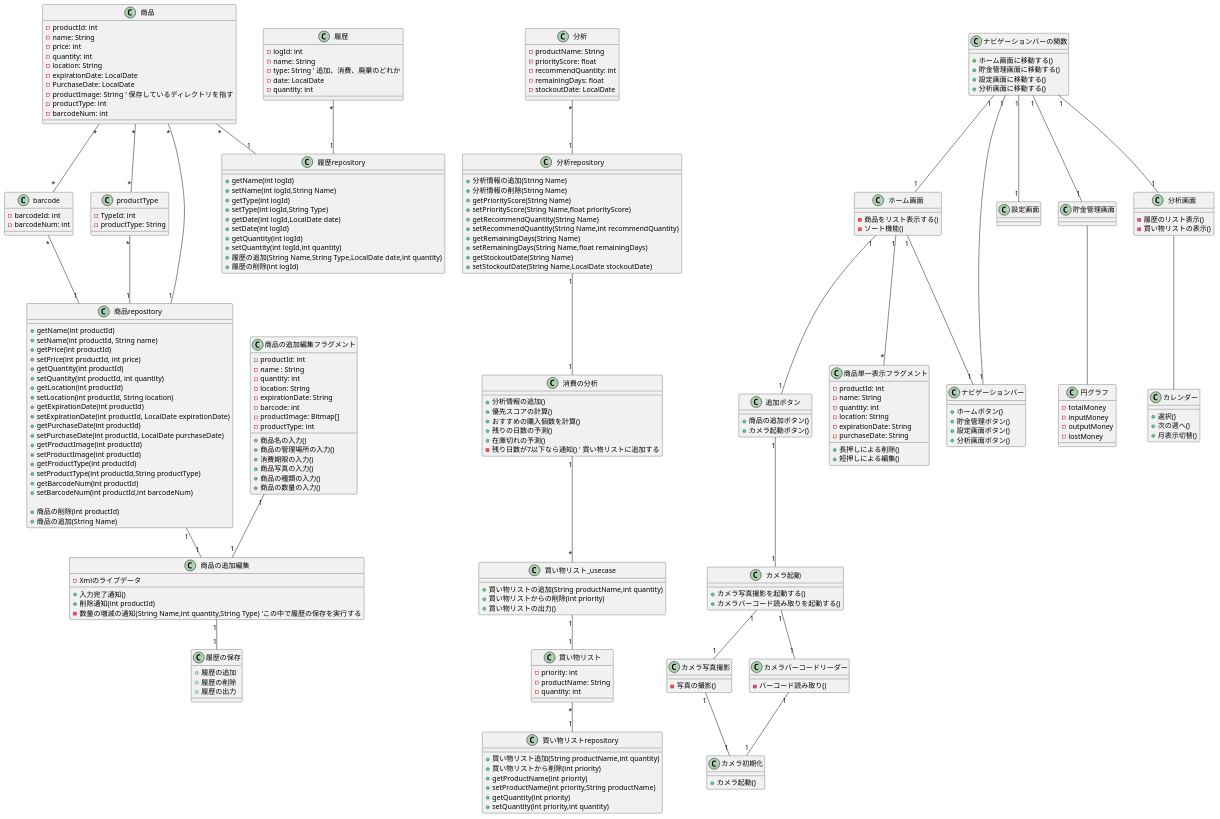
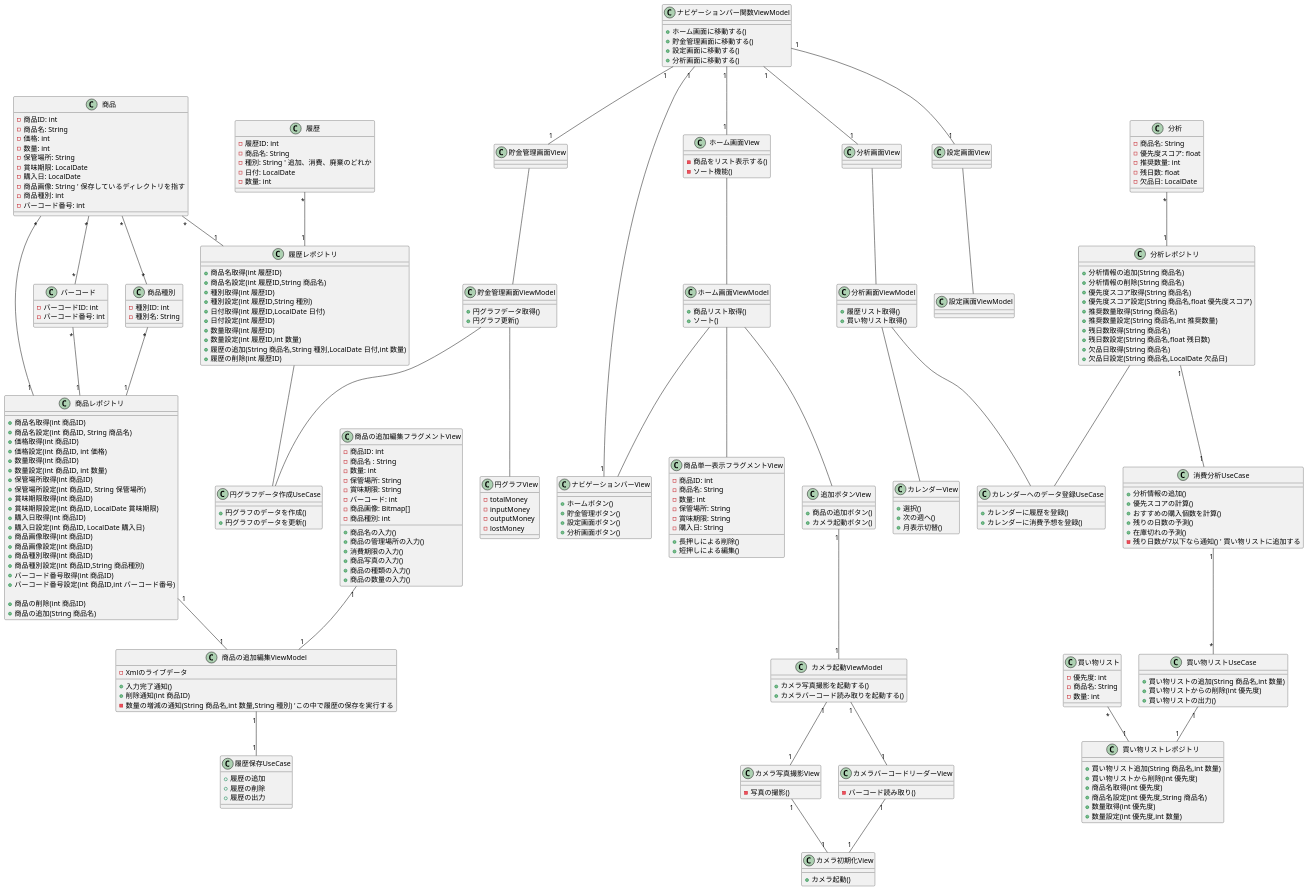
Before and after one commit to 3tuk1/AndroidAppInv: the diagram in app.puml, drawn with PlantUML.

Commit message:
Update diagram classes to Japanese; add ViewModels and UseCases for better architecture
This commit translates class names and attributes in the PlantUML diagram to Japanese.
It also introduces ViewModel and UseCase layers to improve the application's architecture.

Specific changes include:
- Renamed classes like `商品` (Product), `履歴` (History), `分析` (Analysis), `買い物リスト` (Shopping List), and their respective repositories to Japanese.
- Renamed attributes within these classes to Japanese, e.g., `productId` to `商品ID`.
- Added ViewModel classes like `商品の追加編集ViewModel`, `ナビゲーションバー関数ViewModel`, `カメラ起動ViewModel`, `貯金管理画面ViewModel`, `設定画面ViewModel`, `分析画面ViewModel`, and `ホーム画面ViewModel`.
- Added UseCase classes like `履歴保存UseCase`, `買い物リストUseCase`, `消費分析UseCase`, `円グラフデータ作成UseCase`, and `カレンダーへのデータ登録UseCase`.
- Updated relationships between classes to reflect the new ViewModel and UseCase layers. For example, `商品の追加編集フラグメントView` now interacts with `商品の追加編集ViewModel`.

```diff
--- a/app.puml
+++ b/app.puml
@@ -3,162 +3,160 @@
 ' Model
 '
 class 商品 {
-    -productId: int
-    -name: String
-    -price: int
-    -quantity: int
-    -location: String
-    -expirationDate: LocalDate
-    -PurchaseDate: LocalDate
-    -productImage: String ' 保存しているディレクトリを指す
-    -productType: int
-    -barcodeNum: int
+    -商品ID: int
+    -商品名: String
+    -価格: int
+    -数量: int
+    -保管場所: String
+    -賞味期限: LocalDate
+    -購入日: LocalDate
+    -商品画像: String ' 保存しているディレクトリを指す
+    -商品種別: int
+    -バーコード番号: int
 }
-class barcode{
-    -barcodeId: int
-    -barcodeNum: int
+class バーコード{
+    -バーコードID: int
+    -バーコード番号: int
 }
-class productType{
-    -TypeId: int
-    -productType: String
+class 商品種別{
+    -種別ID: int
+    -種別名: String
 }
 
 class 履歴{
-    -logId: int
-    -name: String
-    -type: String ' 追加、消費、廃棄のどれか
-    -date: LocalDate
-    -quantity: int
+    -履歴ID: int
+    -商品名: String
+    -種別: String ' 追加、消費、廃棄のどれか
+    -日付: LocalDate
+    -数量: int
 }
 class 分析{
-    -productName: String
-    -priorityScore: float
-    -recommendQuantity: int
-    -remainingDays: float
-    -stockoutDate: LocalDate
+    -商品名: String
+    -優先度スコア: float
+    -推奨数量: int
+    -残日数: float
+    -欠品日: LocalDate
 }
 class 買い物リスト{
-    -priority: int
-    -productName: String
-    -quantity: int
+    -優先度: int
+    -商品名: String
+    -数量: int
 }
 
-商品 "*" -- "*" barcode
-商品 "*" -- "*" productType
+商品 "*" -- "*" バーコード
+商品 "*" -- "*" 商品種別
 
 ' Repository
 ' 商品レポジトリの変更履歴を履歴レポジトリに加えたいがレポジトリからレポジトリは依存が強くなってしまうためダメ。
-class 商品repository{
-    +getName(int productId)
-    +setName(int productId, String name)
-    +getPrice(int productId)
-    +setPrice(int productId, int price)
-    +getQuantity(int productId)
-    +setQuantity(int productId, int quantity)
-    +getLocation(int productId)
-    +setLocation(int productId, String location)
-    +getExpirationDate(int productId)
-    +setExpirationDate(int productId, LocalDate expirationDate)
-    +getPurchaseDate(int productId)
-    +setPurchaseDate(int productId, LocalDate purchaseDate)
-    +getProductImage(int productId)
-    +setProductImage(int productId)
-    +getProductType(int productId)
-    +setProductType(int productId,String productType)
-    +getBarcodeNum(int productId)
-    +setBarcodeNum(int productId,int barcodeNum)
+class 商品レポジトリ{
+    +商品名取得(int 商品ID)
+    +商品名設定(int 商品ID, String 商品名)
+    +価格取得(int 商品ID)
+    +価格設定(int 商品ID, int 価格)
+    +数量取得(int 商品ID)
+    +数量設定(int 商品ID, int 数量)
+    +保管場所取得(int 商品ID)
+    +保管場所設定(int 商品ID, String 保管場所)
+    +賞味期限取得(int 商品ID)
+    +賞味期限設定(int 商品ID, LocalDate 賞味期限)
+    +購入日取得(int 商品ID)
+    +購入日設定(int 商品ID, LocalDate 購入日)
+    +商品画像取得(int 商品ID)
+    +商品画像設定(int 商品ID)
+    +商品種別取得(int 商品ID)
+    +商品種別設定(int 商品ID,String 商品種別)
+    +バーコード番号取得(int 商品ID)
+    +バーコード番号設定(int 商品ID,int バーコード番号)
 
-    +商品の削除(int productId)
-    +商品の追加(String Name)
+    +商品の削除(int 商品ID)
+    +商品の追加(String 商品名)
 }
-商品 "*" -- "1" 商品repository
-barcode "*" -- "1" 商品repository
-productType "*" -- "1" 商品repository
+商品 "*" -- "1" 商品レポジトリ
+バーコード "*" -- "1" 商品レポジトリ
+商品種別 "*" -- "1" 商品レポジトリ
 
-class 履歴repository{
-    +getName(int logId)
-    +setName(int logId,String Name)
-    +getType(int logId)
-    +setType(int logId,String Type)
-    +getDate(int logId,LocalDate date)
-    +setDate(int logId)
-    +getQuantity(int logId)
-    +setQuantity(int logId,int quantity)
-    +履歴の追加(String Name,String Type,LocalDate date,int quantity)
-    +履歴の削除(int logId)
+class 履歴レポジトリ{
+    +商品名取得(int 履歴ID)
+    +商品名設定(int 履歴ID,String 商品名)
+    +種別取得(int 履歴ID)
+    +種別設定(int 履歴ID,String 種別)
+    +日付取得(int 履歴ID,LocalDate 日付)
+    +日付設定(int 履歴ID)
+    +数量取得(int 履歴ID)
+    +数量設定(int 履歴ID,int 数量)
+    +履歴の追加(String 商品名,String 種別,LocalDate 日付,int 数量)
+    +履歴の削除(int 履歴ID)
 }
-商品 "*" -- "1" 履歴repository
-履歴 "*" -- "1" 履歴repository
+商品 "*" -- "1" 履歴レポジトリ
+履歴 "*" -- "1" 履歴レポジトリ
 
-class 分析repository{
-    +分析情報の追加(String Name)
-    +分析情報の削除(String Name)
-    +getPriorityScore(String Name)
-    +setPriorityScore(String Name,float priorityScore)
-    +getRecommendQuantity(String Name)
-    +setRecommendQuantity(String Name,int recommendQuantity)
-    +getRemainingDays(String Name)
-    +setRemainingDays(String Name,float remainingDays)
-    +getStockoutDate(String Name)
-    +setStockoutDate(String Name,LocalDate stockoutDate)
+class 分析レポジトリ{
+    +分析情報の追加(String 商品名)
+    +分析情報の削除(String 商品名)
+    +優先度スコア取得(String 商品名)
+    +優先度スコア設定(String 商品名,float 優先度スコア)
+    +推奨数量取得(String 商品名)
+    +推奨数量設定(String 商品名,int 推奨数量)
+    +残日数取得(String 商品名)
+    +残日数設定(String 商品名,float 残日数)
+    +欠品日取得(String 商品名)
+    +欠品日設定(String 商品名,LocalDate 欠品日)
 }
-分析 "*" -- "1" 分析repository
+分析 "*" -- "1" 分析レポジトリ
 
-class 買い物リストrepository{
-    +買い物リスト追加(String productName,int quantity)
-    +買い物リストから削除(int priority)
-    +getProductName(int priority)
-    +setProductName(int priority,String productName)
-    +getQuantity(int priority)
-    +setQuantity(int priority,int quantity)
+class 買い物リストレポジトリ{
+    +買い物リスト追加(String 商品名,int 数量)
+    +買い物リストから削除(int 優先度)
+    +商品名取得(int 優先度)
+    +商品名設定(int 優先度,String 商品名)
+    +数量取得(int 優先度)
+    +数量設定(int 優先度,int 数量)
 }
-買い物リスト "*" -- "1" 買い物リストrepository
+買い物リスト "*" -- "1" 買い物リストレポジトリ
 
 'View Model
-class 商品の追加編集{
+class 商品の追加編集ViewModel{
     -Xmlのライブデータ
     +入力完了通知()
-    +削除通知(int productId)
-    -数量の増減の通知(String Name,int quantity,String Type) 'この中で履歴の保存を実行する
+    +削除通知(int 商品ID)
+    -数量の増減の通知(String 商品名,int 数量,String 種別) 'この中で履歴の保存を実行する
 }
 
-商品repository "1" -- "1" 商品の追加編集
-商品の追加編集フラグメント "1" -- "1" 商品の追加編集
+商品レポジトリ "1" -- "1" 商品の追加編集ViewModel
+商品の追加編集フラグメントView "1" -- "1" 商品の追加編集ViewModel
 
-class 履歴の保存{
-    'usecase
+class 履歴保存UseCase{
     +履歴の追加
     +履歴の削除
     +履歴の出力
 }
-class 買い物リスト_usecase {
-    'usecase
-    +買い物リストの追加(String productName,int quantity)
-    +買い物リストからの削除(int priority)
+class 買い物リストUseCase {
+    +買い物リストの追加(String 商品名,int 数量)
+    +買い物リストからの削除(int 優先度)
     +買い物リストの出力()
 }
-商品の追加編集 "1" -- "1" 履歴の保存
+商品の追加編集ViewModel "1" -- "1" 履歴保存UseCase
 
-class ナビゲーションバーの関数{
+class ナビゲーションバー関数ViewModel{
     +ホーム画面に移動する()
     +貯金管理画面に移動する()
     +設定画面に移動する()
     +分析画面に移動する()
 }
 
-ナビゲーションバーの関数 "1" -- "1" ホーム画面
-ナビゲーションバーの関数 "1" -- "1" 貯金管理画面
-ナビゲーションバーの関数 "1" -- "1" 設定画面
-ナビゲーションバーの関数 "1" -- "1" 分析画面
+ナビゲーションバー関数ViewModel "1" -- "1" ホーム画面View
+ナビゲーションバー関数ViewModel "1" -- "1" 貯金管理画面View
+ナビゲーションバー関数ViewModel "1" -- "1" 設定画面View
+ナビゲーションバー関数ViewModel "1" -- "1" 分析画面View
 
-class カメラ起動{
+class カメラ起動ViewModel{
     +カメラ写真撮影を起動する()
     +カメラバーコード読み取りを起動する()
 }
-カメラ起動 "1" -- "1" カメラ写真撮影
-カメラ起動 "1" -- "1" カメラバーコードリーダー
+カメラ起動ViewModel "1" -- "1" カメラ写真撮影View
+カメラ起動ViewModel "1" -- "1" カメラバーコードリーダーView
 
-class 消費の分析 {
+class 消費分析UseCase {
     +分析情報の追加()
     +優先スコアの計算()
     +おすすめの購入個数を計算()
@@ -166,31 +164,31 @@
     +在庫切れの予測()
     -残り日数が7以下なら通知() ' 買い物リストに追加する
 }
-消費の分析 "1" -- "*" 買い物リスト_usecase
-買い物リスト_usecase "1" -- "1" 買い物リスト
-分析repository "1" -- "1" 消費の分析
+消費分析UseCase "1" -- "*" 買い物リストUseCase
+買い物リストUseCase "1" -- "1" 買い物リストレポジトリ
+分析レポジトリ "1" -- "1" 消費分析UseCase
 
 ' View
 ' 商品一つのFragmentの表示
-class 商品単一表示フラグメント{
-    -productId: int
-    -name: String
-    -quantity: int
-    -location: String
-    -expirationDate: String
-    -purchaseDate: String
+class 商品単一表示フラグメントView{
+    -商品ID: int
+    -商品名: String
+    -数量: int
+    -保管場所: String
+    -賞味期限: String
+    -購入日: String
     +長押しによる削除()
     +短押しによる編集()
 }
-class 商品の追加編集フラグメント{
-    -productId: int
-    -name : String
-    -quantity: int
-    -location: String
-    -expirationDate: String
-    -barcode: int
-    -productImage: Bitmap[]
-    -productType: int
+class 商品の追加編集フラグメントView{
+    -商品ID: int
+    -商品名 : String
+    -数量: int
+    -保管場所: String
+    -賞味期限: String
+    -バーコード: int
+    -商品画像: Bitmap[]
+    -商品種別: int
     +商品名の入力()
     +商品の管理場所の入力()
     +消費期限の入力()
@@ -199,63 +197,94 @@
     +商品の数量の入力()
 }
 
-class ナビゲーションバー{
+class ナビゲーションバーView{
     +ホームボタン()
     +貯金管理ボタン()
     +設定画面ボタン()
     +分析画面ボタン()
 }
-ナビゲーションバー "1" -- "1" ナビゲーションバーの関数
+ナビゲーションバーView "1" -- "1" ナビゲーションバー関数ViewModel
 
-class 追加ボタン{
+class 追加ボタンView{
     +商品の追加ボタン()
     +カメラ起動ボタン()
 }
-追加ボタン "1" -- "1" カメラ起動
+追加ボタンView "1" -- "1" カメラ起動ViewModel
 
-class カレンダー{
+class カレンダーView{
     +選択()
     +次の週へ()
     +月表示切替()
 }
-class 円グラフ{
+class 円グラフView{
     -totalMoney
     -inputMoney
     -outputMoney
     -lostMoney
 }
-class 貯金管理画面{
+
+class 貯金管理画面ViewModel {
+    +円グラフデータ取得()
+    +円グラフ更新()
 }
-貯金管理画面 -- 円グラフ
 
-class 設定画面{
+class 貯金管理画面View{
 }
-class 分析画面{
-    -履歴のリスト表示()
-    -買い物リストの表示()
+貯金管理画面View -- 貯金管理画面ViewModel
+貯金管理画面ViewModel -- 円グラフView
+
+class 設定画面ViewModel {
 }
-分析画面 -- カレンダー
+class 設定画面View{
+}
+設定画面View -- 設定画面ViewModel
 
-' 以下 アクション
-class ホーム画面{
+class 分析画面ViewModel {
+    +履歴リスト取得()
+    +買い物リスト取得()
+}
+class 分析画面View{
+}
+分析画面View -- 分析画面ViewModel
+分析画面ViewModel -- カレンダーView
+
+class ホーム画面ViewModel {
+    +商品リスト取得()
+    +ソート()
+}
+class ホーム画面View{
     -商品をリスト表示する()
     -ソート機能()
 }
-ホーム画面 "1" -- "*" 商品単一表示フラグメント
-ホーム画面 "1" -- "1" 追加ボタン
-ホーム画面 "1" -- "1" ナビゲーションバー
+ホーム画面View -- ホーム画面ViewModel
+ホーム画面ViewModel -- 商品単一表示フラグメントView
+ホーム画面ViewModel -- 追加ボタンView
+ホーム画面ViewModel -- ナビゲーションバーView
 
-class カメラ写真撮影{
+class カメラ写真撮影View{
     -写真の撮影()
 }
-
-class カメラバーコードリーダー{
+class カメラバーコードリーダーView{
     -バーコード読み取り()
 }
-class カメラ初期化 {
+class カメラ初期化View {
     +カメラ起動()
 }
-カメラ写真撮影 "1" -- "1" カメラ初期化
-カメラバーコードリーダー "1" -- "1" カメラ初期化
+カメラ写真撮影View "1" -- "1" カメラ初期化View
+カメラバーコードリーダーView "1" -- "1" カメラ初期化View
+
+class 円グラフデータ作成UseCase{
+    +円グラフのデータを作成()
+    +円グラフのデータを更新()
+}
+貯金管理画面ViewModel -- 円グラフデータ作成UseCase
+履歴レポジトリ -- 円グラフデータ作成UseCase
+
+class カレンダーへのデータ登録UseCase{
+    +カレンダーに履歴を登録()
+    +カレンダーに消費予想を登録()
+}
+分析画面ViewModel -- カレンダーへのデータ登録UseCase
+分析レポジトリ -- カレンダーへのデータ登録UseCase
 
 @enduml
```
